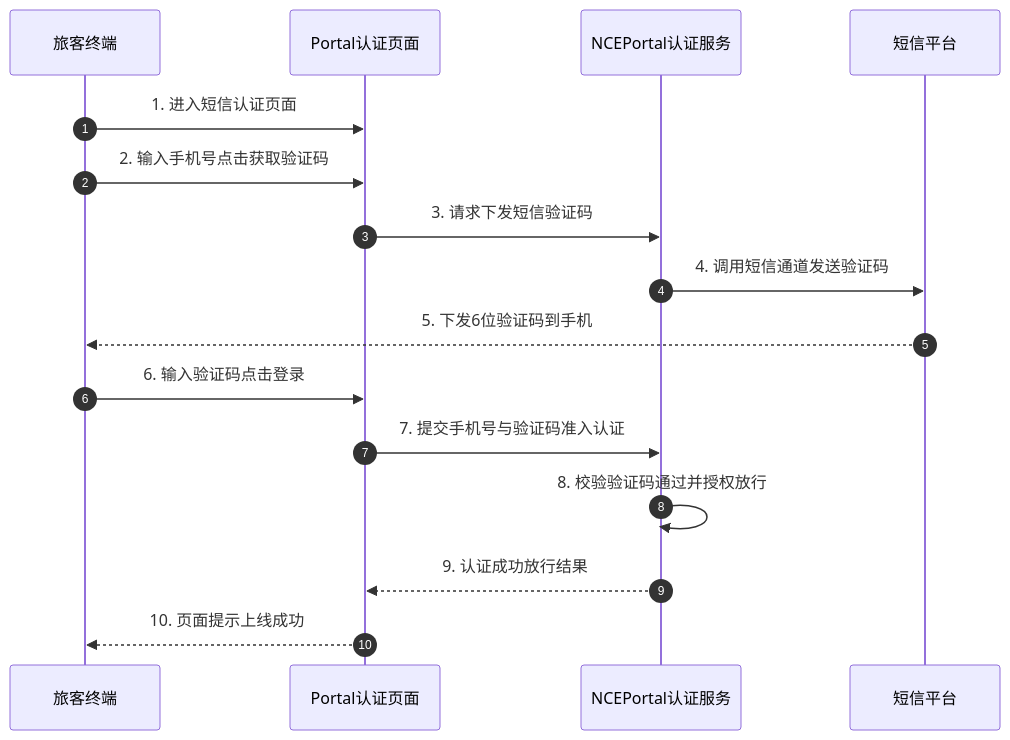
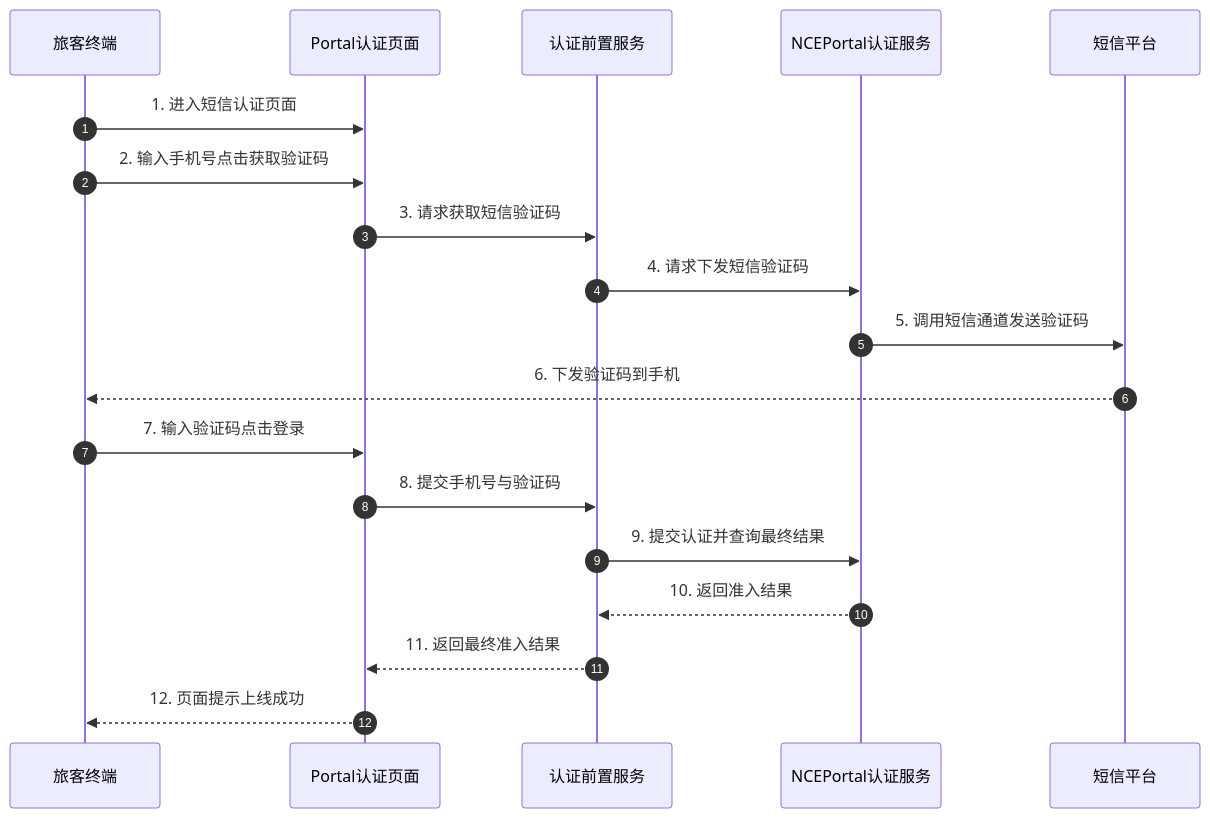
Before and after one commit to KoshiroPeng/vue-fastapi-admin: the eighth of 9 diagrams in doc/深圳机场WiFi多方式认证系统详细设计说明书.md, drawn with Mermaid. The commit also changed other lines of this file and 3 other files, not shown here.

````diff
--- a/doc/深圳机场WiFi多方式认证系统详细设计说明书.md
+++ b/doc/深圳机场WiFi多方式认证系统详细设计说明书.md
@@ -385,14 +386,16 @@
 ```mermaid
 sequenceDiagram
     autonumber
     旅客终端->>Portal认证页面: 1. 进入短信认证页面
     旅客终端->>Portal认证页面: 2. 输入手机号点击获取验证码
-    Portal认证页面->>NCEPortal认证服务: 3. 请求下发短信验证码
-    NCEPortal认证服务->>短信平台: 4. 调用短信通道发送验证码
-    短信平台-->>旅客终端: 5. 下发6位验证码到手机
-    旅客终端->>Portal认证页面: 6. 输入验证码点击登录
-    Portal认证页面->>NCEPortal认证服务: 7. 提交手机号与验证码准入认证
-    NCEPortal认证服务->>NCEPortal认证服务: 8. 校验验证码通过并授权放行
-    NCEPortal认证服务-->>Portal认证页面: 9. 认证成功放行结果
-    Portal认证页面-->>旅客终端: 10. 页面提示上线成功
+    Portal认证页面->>认证前置服务: 3. 请求获取短信验证码
+    认证前置服务->>NCEPortal认证服务: 4. 请求下发短信验证码
+    NCEPortal认证服务->>短信平台: 5. 调用短信通道发送验证码
+    短信平台-->>旅客终端: 6. 下发验证码到手机
+    旅客终端->>Portal认证页面: 7. 输入验证码点击登录
+    Portal认证页面->>认证前置服务: 8. 提交手机号与验证码
+    认证前置服务->>NCEPortal认证服务: 9. 提交认证并查询最终结果
+    NCEPortal认证服务-->>认证前置服务: 10. 返回准入结果
+    认证前置服务-->>Portal认证页面: 11. 返回最终准入结果
+    Portal认证页面-->>旅客终端: 12. 页面提示上线成功
 ```
````
